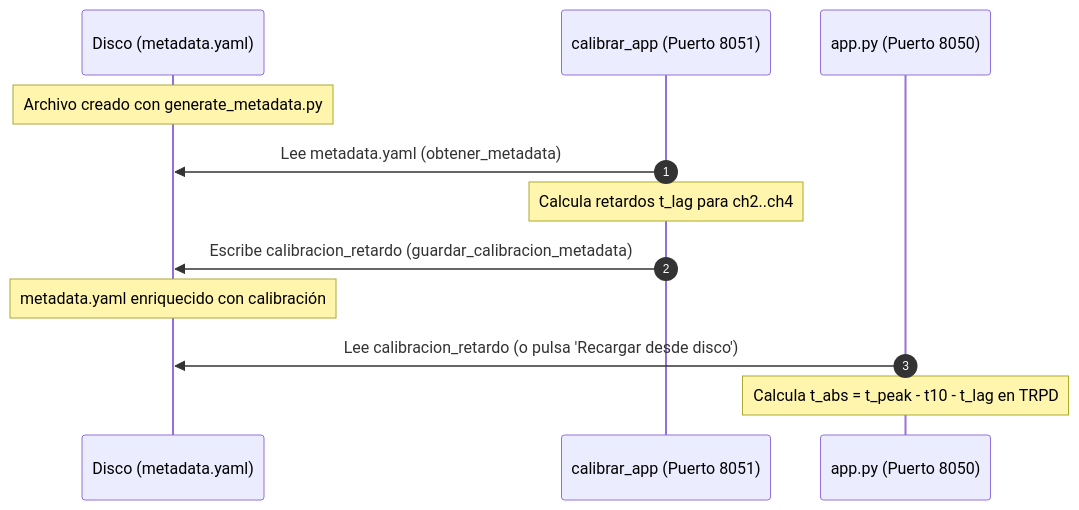
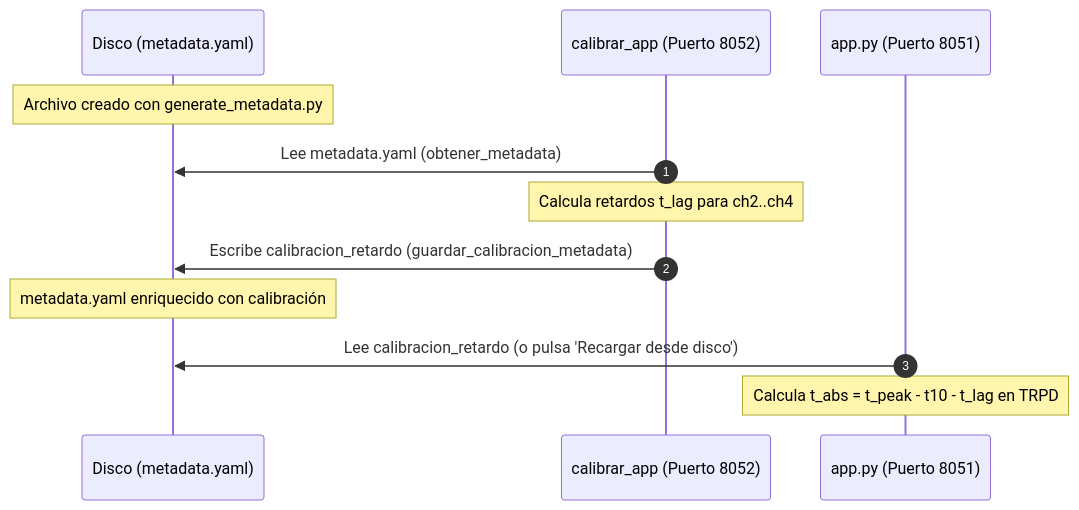
The second of 2 diagrams in archivos_md/guia_metadata.md (sebas30020/TRPD_APP), drawn with Mermaid before and after one commit. The commit also changed other lines of this file and 18 other files, not shown here.

````diff
--- a/archivos_md/guia_metadata.md
+++ b/archivos_md/guia_metadata.md
@@ -249,15 +252,15 @@
 ```mermaid
 sequenceDiagram
     autonumber
     participant D as Disco (metadata.yaml)
-    participant C as calibrar_app (Puerto 8051)
-    participant A as app.py (Puerto 8050)
+    participant C as calibrar_app (Puerto 8052)
+    participant A as app.py (Puerto 8051)
 
     Note over D: Archivo creado con generate_metadata.py
     C->>D: Lee metadata.yaml (obtener_metadata)
     Note over C: Calcula retardos t_lag para ch2..ch4
     C->>D: Escribe calibracion_retardo (guardar_calibracion_metadata)
     Note over D: metadata.yaml enriquecido con calibración
     A->>D: Lee calibracion_retardo (o pulsa 'Recargar desde disco')
     Note over A: Calcula t_abs = t_peak - t10 - t_lag en TRPD
 ```
````
